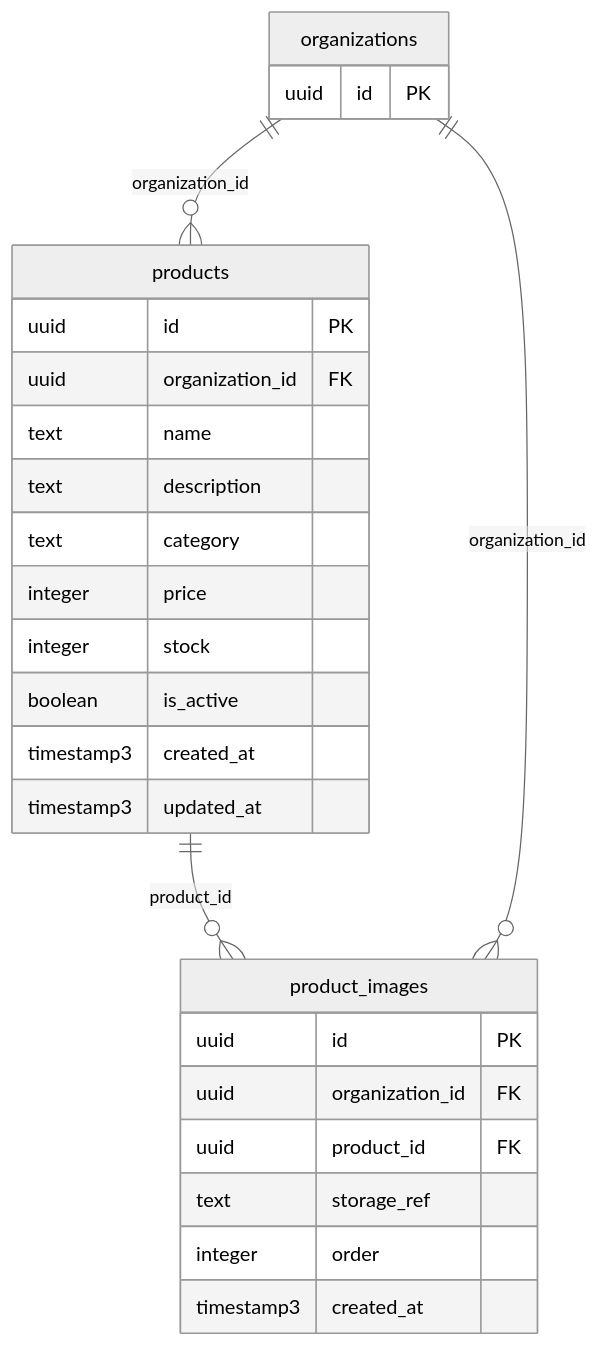
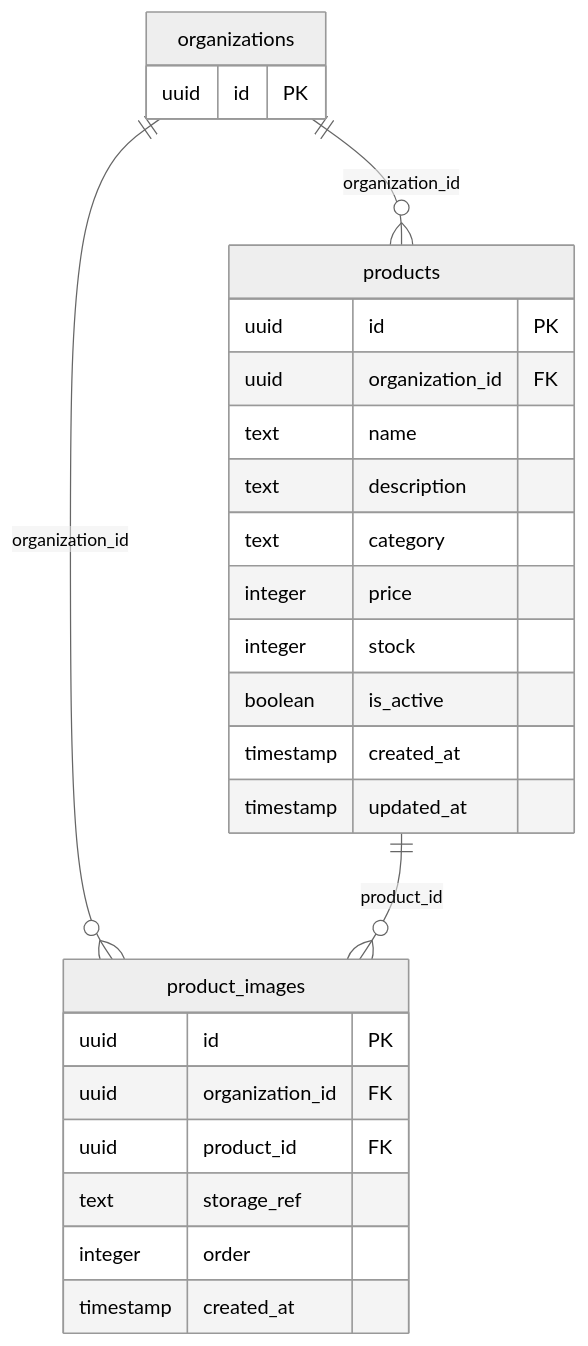
The diagram in docs/diccionario-datos/mer/mer-marketplace.mmd (AGamez10/AdoptaFacil), drawn with Mermaid (neutral theme) before and after one commit. The commit also changed 105 other files, not shown here.

```diff
--- a/docs/diccionario-datos/mer/mer-marketplace.mmd
+++ b/docs/diccionario-datos/mer/mer-marketplace.mmd
@@ -1,27 +1,27 @@
 erDiagram
+  product_images {
+    uuid id PK
+    uuid organization_id FK
+    uuid product_id FK
+    text storage_ref
+    integer order
+    timestamp created_at
+  }
   products {
     uuid id PK
     uuid organization_id FK
     text name
     text description
     text category
     integer price
     integer stock
     boolean is_active
-    timestamp3 created_at
-    timestamp3 updated_at
-  }
-  product_images {
-    uuid id PK
-    uuid organization_id FK
-    uuid product_id FK
-    text storage_ref
-    integer order
-    timestamp3 created_at
+    timestamp created_at
+    timestamp updated_at
   }
   organizations {
     uuid id PK
   }
+  organizations ||--o{ product_images : "organization_id"
+  products ||--o{ product_images : "product_id"
   organizations ||--o{ products : "organization_id"
-  products ||--o{ product_images : "product_id"
-  organizations ||--o{ product_images : "organization_id"
```
